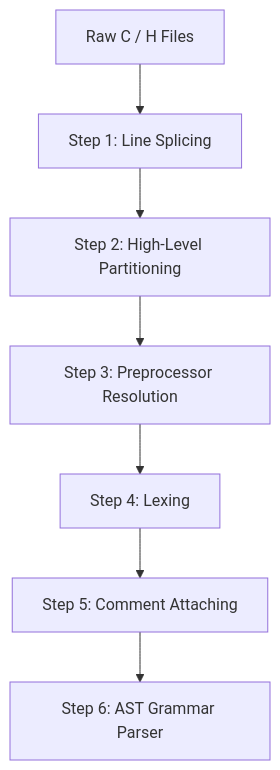
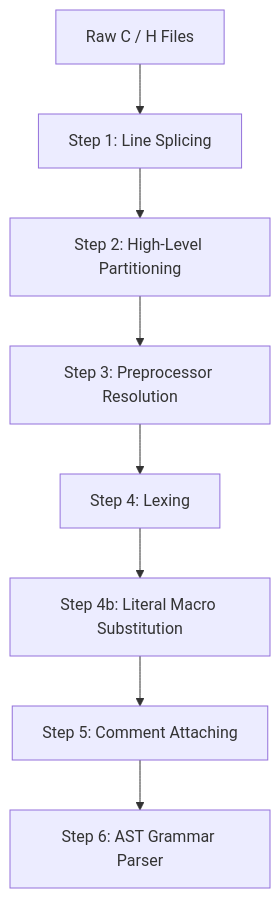
One commit to voelklmichael/doom_v4 changed the diagram in docs/01_PARSER.md. Above: the diagram before and after it, drawn with Mermaid. The commit also changed other lines of this file and 7 other files, not shown here.

````diff
--- a/docs/01_PARSER.md
+++ b/docs/01_PARSER.md
@@ -9,9 +9,10 @@
 ```mermaid
 flowchart TD
     Raw[Raw C / H Files] --> S1[Step 1: Line Splicing]
     S1 --> S2[Step 2: High-Level Partitioning]
     S2 --> S3[Step 3: Preprocessor Resolution]
     S3 --> S4[Step 4: Lexing]
-    S4 --> S5[Step 5: Comment Attaching]
+    S4 --> S4b[Step 4b: Literal Macro Substitution]
+    S4b --> S5[Step 5: Comment Attaching]
     S5 --> S6[Step 6: AST Grammar Parser]
 ```
````
